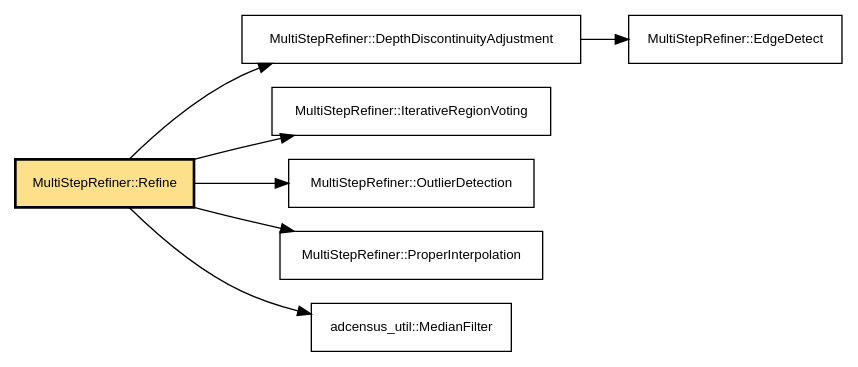
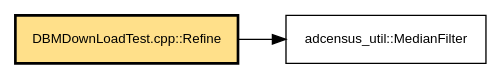
One commit to Sonfiuss/Autonomous-_AI_robot changed the diagram in outscope/callgraph_output/Refine.dot. Above: the diagram before and after it, drawn with Graphviz. The commit also changed 32 other files, not shown here.

```diff
--- a/outscope/callgraph_output/Refine.dot
+++ b/outscope/callgraph_output/Refine.dot
@@ -1,18 +1,8 @@
 digraph "Refine" {
   rankdir=LR;
   node [shape=box, fontname="Helvetica", fontsize=10];
   edge [fontname="Helvetica", fontsize=8];
-  "class_multi_step_refiner_1a6a8848b32ef5cb4030db9b75a171961e" [label="MultiStepRefiner::DepthDiscontinuityAdjustment"];
-  "class_multi_step_refiner_1a11f8aac46a857cf14f712a0364cd10c3" [label="MultiStepRefiner::EdgeDetect"];
-  "class_multi_step_refiner_1aa7a280ce90ea4bd9b11c5a9859c9eff2" [label="MultiStepRefiner::IterativeRegionVoting"];
-  "class_multi_step_refiner_1ab84aed06a27567252c1a25ace6523314" [label="MultiStepRefiner::OutlierDetection"];
-  "class_multi_step_refiner_1a86a69db4ccebb37e2d3b4987826c5099" [label="MultiStepRefiner::ProperInterpolation"];
-  "class_multi_step_refiner_1affc4f672351e08763fba23e42b5940b9" [label="MultiStepRefiner::Refine", style="filled,bold", fillcolor="#ffe08a"];
+  "_d_b_m_down_load_test_8cpp_1ad45b094d532baccee95649c24192f87a" [label="DBMDownLoadTest.cpp::Refine", style="filled,bold", fillcolor="#ffe08a"];
   "namespaceadcensus__util_1aaaebd40b291ee87e94d4d9e107d760ee" [label="adcensus_util::MedianFilter"];
-  "class_multi_step_refiner_1a6a8848b32ef5cb4030db9b75a171961e" -> "class_multi_step_refiner_1a11f8aac46a857cf14f712a0364cd10c3";
-  "class_multi_step_refiner_1affc4f672351e08763fba23e42b5940b9" -> "class_multi_step_refiner_1a6a8848b32ef5cb4030db9b75a171961e";
-  "class_multi_step_refiner_1affc4f672351e08763fba23e42b5940b9" -> "class_multi_step_refiner_1a86a69db4ccebb37e2d3b4987826c5099";
-  "class_multi_step_refiner_1affc4f672351e08763fba23e42b5940b9" -> "class_multi_step_refiner_1aa7a280ce90ea4bd9b11c5a9859c9eff2";
-  "class_multi_step_refiner_1affc4f672351e08763fba23e42b5940b9" -> "class_multi_step_refiner_1ab84aed06a27567252c1a25ace6523314";
-  "class_multi_step_refiner_1affc4f672351e08763fba23e42b5940b9" -> "namespaceadcensus__util_1aaaebd40b291ee87e94d4d9e107d760ee";
+  "_d_b_m_down_load_test_8cpp_1ad45b094d532baccee95649c24192f87a" -> "namespaceadcensus__util_1aaaebd40b291ee87e94d4d9e107d760ee";
 }
```
